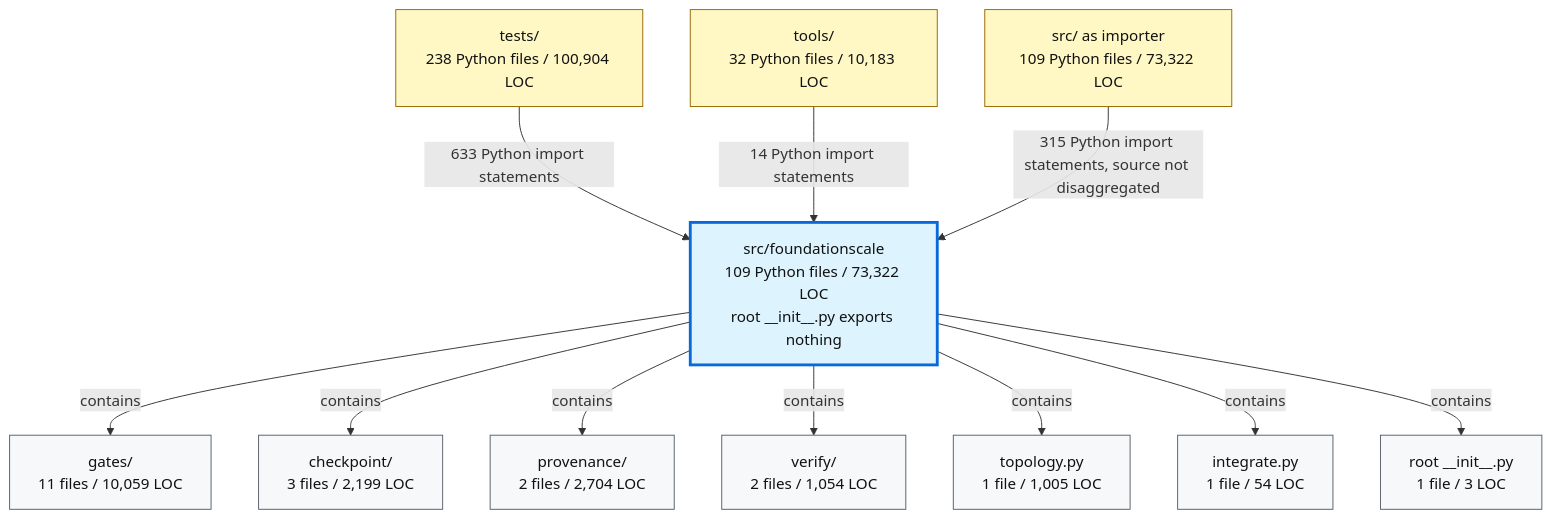
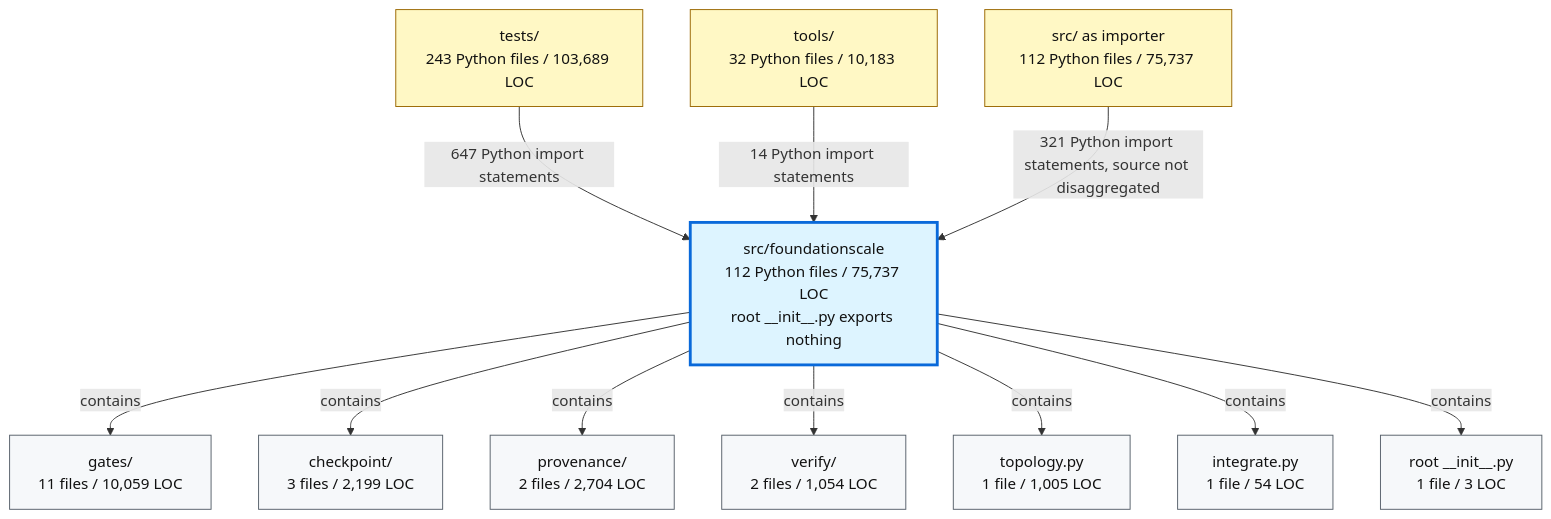
Before and after one commit to TranNhiem/FoundationScale: the second of 2 diagrams in docs/review/D2_current_architecture.md, drawn with Mermaid. The commit also changed other lines of this file and 10 other files, not shown here.

````diff
--- a/docs/review/D2_current_architecture.md
+++ b/docs/review/D2_current_architecture.md
@@ -97,36 +97,36 @@
 ```mermaid
 flowchart TB
-  TESTS["tests/<br/>238 Python files / 100,904 LOC"]
+  TESTS["tests/<br/>243 Python files / 103,689 LOC"]
   TOOLS["tools/<br/>32 Python files / 10,183 LOC"]
-  SRC["src/ as importer<br/>109 Python files / 73,322 LOC"]
+  SRC["src/ as importer<br/>112 Python files / 75,737 LOC"]
 
-  FS["src/foundationscale<br/>109 Python files / 73,322 LOC<br/>root __init__.py exports nothing"]
+  FS["src/foundationscale<br/>112 Python files / 75,737 LOC<br/>root __init__.py exports nothing"]
 
   GATES["gates/<br/>11 files / 10,059 LOC"]
   CKPT["checkpoint/<br/>3 files / 2,199 LOC"]
   PROV["provenance/<br/>2 files / 2,704 LOC"]
   VERIFY["verify/<br/>2 files / 1,054 LOC"]
   TOPO["topology.py<br/>1 file / 1,005 LOC"]
   INTEG["integrate.py<br/>1 file / 54 LOC"]
   ROOT["root __init__.py<br/>1 file / 3 LOC"]
 
-  TESTS -->|"633 Python import statements"| FS
+  TESTS -->|"647 Python import statements"| FS
   TOOLS -->|"14 Python import statements"| FS
-  SRC -->|"315 Python import statements, source not disaggregated"| FS
+  SRC -->|"321 Python import statements, source not disaggregated"| FS
 
   FS -->|"contains"| GATES
   FS -->|"contains"| CKPT
   FS -->|"contains"| PROV
   FS -->|"contains"| VERIFY
   FS -->|"contains"| TOPO
   FS -->|"contains"| INTEG
   FS -->|"contains"| ROOT
 
   classDef consumer fill:#fff8c5,stroke:#9a6700,color:#111;
   classDef package fill:#ddf4ff,stroke:#0969da,stroke-width:3px,color:#111;
   classDef module fill:#f6f8fa,stroke:#57606a,color:#111;
 
   class TESTS,TOOLS,SRC consumer;
   class FS package;
   class GATES,CKPT,PROV,VERIFY,TOPO,INTEG,ROOT module;
 ```
````
